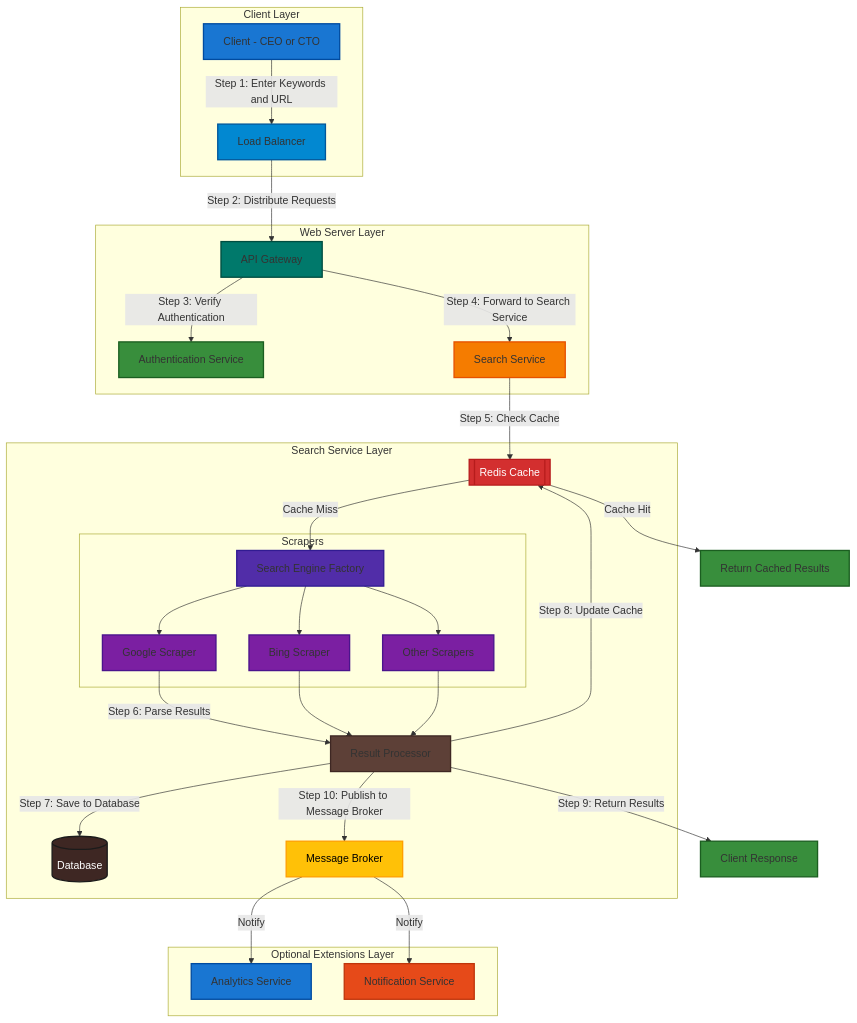
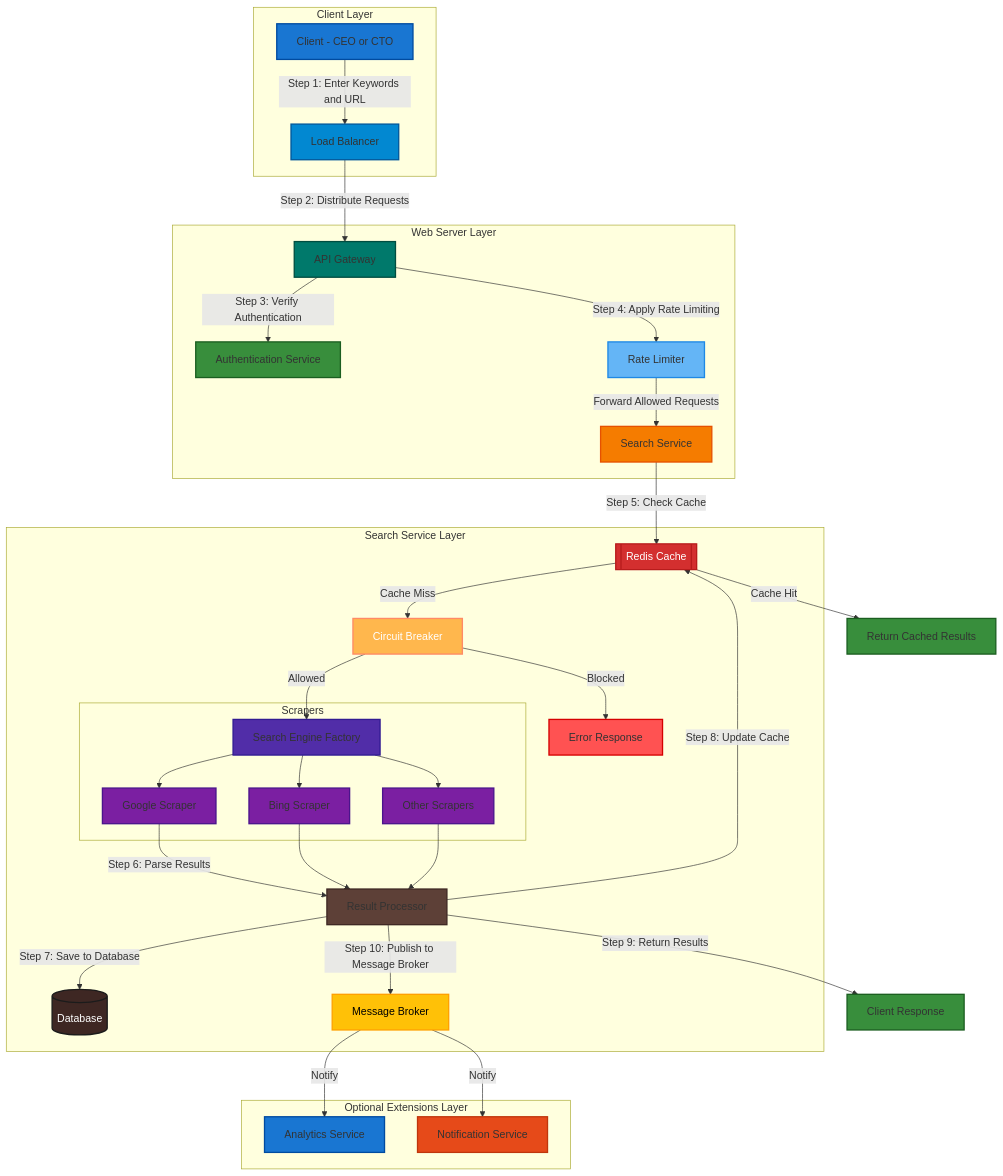
Before and after one commit to baotoq/sympli-search: the diagram in README.md, drawn with Mermaid.

Commit message:
Update README.md: enhance flowchart to include rate limiting and circuit breaker logic

````diff
--- a/README.md
+++ b/README.md
@@ -36,62 +36,66 @@
 ```mermaid
 flowchart TD
     %% Client Layer
     subgraph Client Layer
         A[Client - CEO or CTO]:::client -->|Step 1: Enter Keywords and URL| B[Load Balancer]:::loadbalancer
     end
 
     %% Web Server Layer
     subgraph Web Server Layer
         B -->|Step 2: Distribute Requests| C[API Gateway]:::gateway
         C -->|Step 3: Verify Authentication| D[Authentication Service]:::auth
-        C -->|Step 4: Forward to Search Service| E[Search Service]:::searchservice
+        C -->|Step 4: Apply Rate Limiting| RL[Rate Limiter]:::ratelimiter
+        RL -->|Forward Allowed Requests| E[Search Service]:::searchservice
     end
 
     %% Search Service Layer
     subgraph Search Service Layer
         E -->|Step 5: Check Cache| F[[Redis Cache]]:::cache
 
-        F -->|Cache Miss| H[Search Engine Factory]:::factory
+        F -->|Cache Miss| CB[Circuit Breaker]:::circuitbreaker
+        CB -->|Allowed| H[Search Engine Factory]:::factory
+        CB -->|Blocked| X[Error Response]:::error
 
         subgraph Scrapers
             H --> H1[Google Scraper]:::scraper
             H --> H2[Bing Scraper]:::scraper
             H --> H3[Other Scrapers]:::scraper
         end
 
         H1 -->|Step 6: Parse Results| I[Result Processor]:::processor
         H2 --> I
         H3 --> I
 
         I -->|Step 7: Save to Database| N[(Database)]:::database
         I -->|Step 8: Update Cache| F
-
-
         I -->|Step 10: Publish to Message Broker| MB[Message Broker]:::broker
     end
 
     %% Optional Extensions Layer
     subgraph Optional Extensions Layer
         MB -->|Notify| L[Analytics Service]:::analytics
         MB -->|Notify| M[Notification Service]:::notifications
     end
 
     F -->|Cache Hit| G[Return Cached Results]:::output
     I -->|Step 9: Return Results| K[Client Response]:::output
 
     %% Styling
     classDef client fill:#1976D2,stroke:#004BA0,stroke-width:2px,color:#FFF; %% Material Blue 700
     classDef loadbalancer fill:#0288D1,stroke:#01579B,stroke-width:2px,color:#FFF; %% Material Light Blue 700
     classDef gateway fill:#00796B,stroke:#004D40,stroke-width:2px,color:#FFF; %% Material Teal 700
     classDef auth fill:#388E3C,stroke:#1B5E20,stroke-width:2px,color:#FFF; %% Material Green 700
     classDef searchservice fill:#F57C00,stroke:#E65100,stroke-width:2px,color:#FFF; %% Material Orange 700
     classDef cache fill:#D32F2F,stroke:#B71C1C,stroke-width:2px,color:#FFF,shape:hexagon; %% Material Red 700
     classDef factory fill:#512DA8,stroke:#311B92,stroke-width:2px,color:#FFF; %% Material Deep Purple 700
     classDef scraper fill:#7B1FA2,stroke:#4A148C,stroke-width:2px,color:#FFF; %% Material Purple 700
     classDef processor fill:#5D4037,stroke:#3E2723,stroke-width:2px,color:#FFF; %% Material Brown 700
     classDef broker fill:#FFC107,stroke:#FFA000,stroke-width:2px,color:#000,shape:cylinder; %% Material Amber 700
     classDef output fill:#388E3C,stroke:#1B5E20,stroke-width:2px,color:#FFF; %% Material Green 700
     classDef analytics fill:#1976D2,stroke:#004BA0,stroke-width:2px,color:#FFF; %% Material Blue 700
     classDef notifications fill:#E64A19,stroke:#BF360C,stroke-width:2px,color:#FFF; %% Material Deep Orange 700
     classDef database fill:#3E2723,stroke:#1B1B1B,stroke-width:2px,color:#FFF,shape:subroutine; %% Material Dark Brown
+    classDef circuitbreaker fill:#FFB74D,stroke:#FF8A65,stroke-width:2px,color:#FFF,shape:hexagon; %% Material Orange 400
+    classDef ratelimiter fill:#64B5F6,stroke:#1E88E5,stroke-width:2px,color:#FFF; %% Material Light Blue 400
+    classDef error fill:#FF5252,stroke:#D50000,stroke-width:2px,color:#FFF; %% Material Red 500
 ```
````
